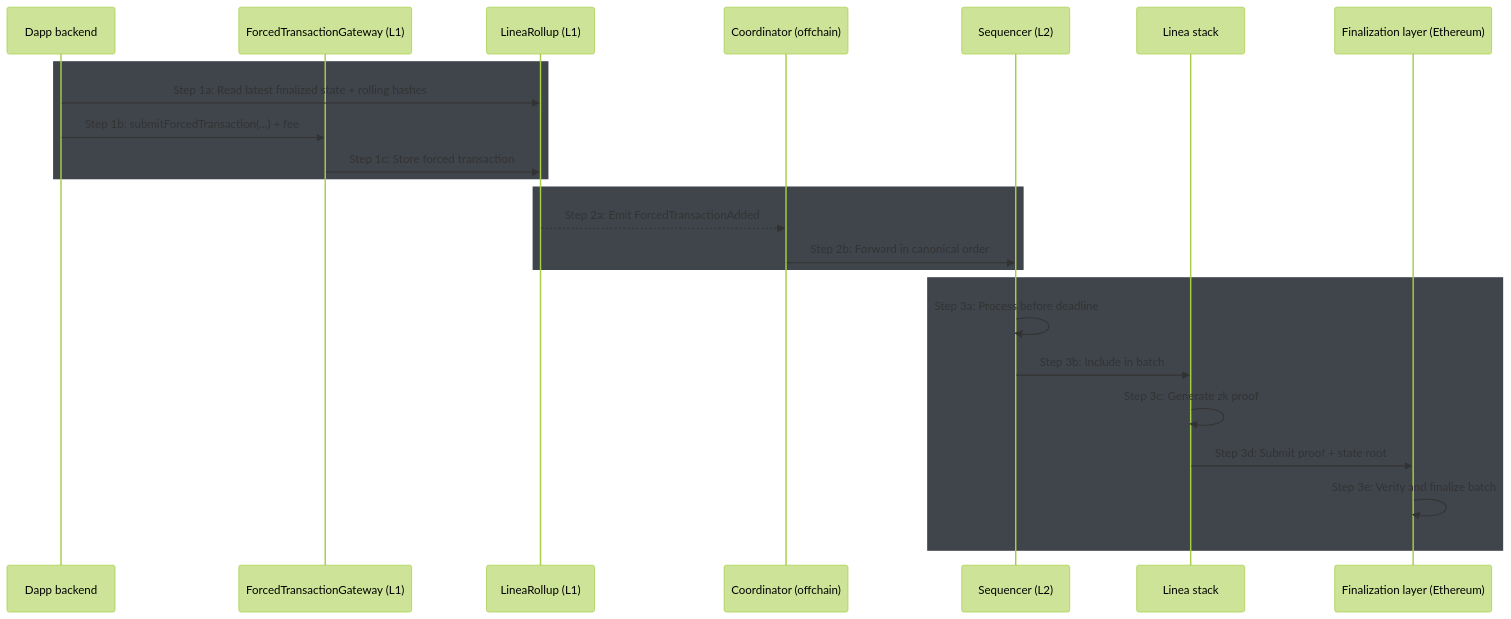
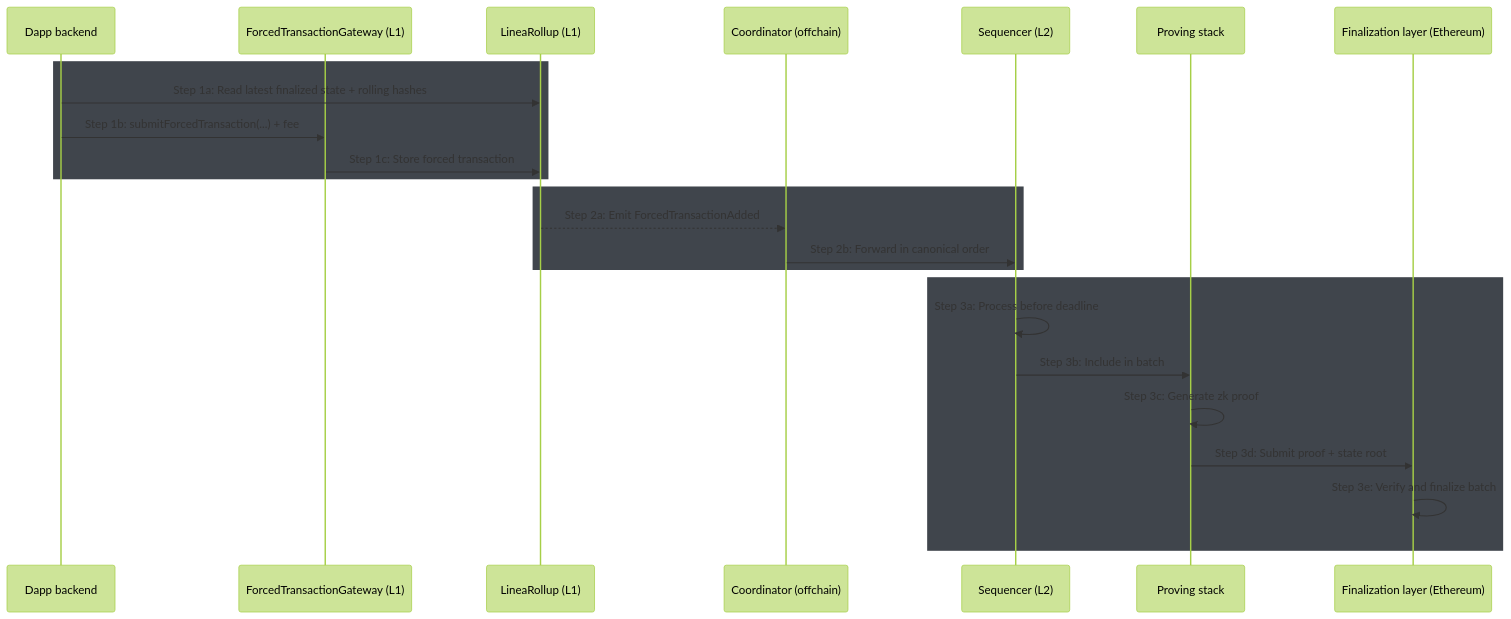
One commit to Consensys/doc.linea changed the diagram in docs/protocol/forced-transactions.mdx. Above: the diagram before and after it, drawn with Mermaid (forest theme).

Commit message:
mermaid tweak

````diff
--- a/docs/protocol/forced-transactions.mdx
+++ b/docs/protocol/forced-transactions.mdx
@@ -82,38 +82,38 @@
 ```mermaid
 sequenceDiagram
     participant App as Dapp backend
     participant Gateway as ForcedTransactionGateway (L1)
     participant Rollup as LineaRollup (L1)
     participant Coordinator as Coordinator (offchain)
     participant Sequencer as Sequencer (L2)
-    participant Stack as Linea stack
+    participant Stack as Proving stack
     participant L1 as Finalization layer (Ethereum)
 
     %% ======================
     %% Step 1: Submission (L1)
     %% ======================
     rect rgb(64, 69, 76)
         App->>Rollup: Step 1a: Read latest finalized state + rolling hashes
         App->>Gateway: Step 1b: submitForcedTransaction(...) + fee
         Gateway->>Rollup: Step 1c: Store forced transaction
     end
 
     %% ======================
     %% Step 2: Ordering (L1 enforced)
     %% ======================
     rect rgb(64, 69, 76)
         Rollup-->>Coordinator: Step 2a: Emit ForcedTransactionAdded
         Coordinator->>Sequencer: Step 2b: Forward in canonical order
     end
 
     %% ======================
     %% Step 3: Processing (L2 → L1 finalization)
     %% ======================
     rect rgb(64, 69, 76)
         Sequencer->>Sequencer: Step 3a: Process before deadline
         Sequencer->>Stack: Step 3b: Include in batch
         Stack->>Stack: Step 3c: Generate zk proof
         Stack->>L1: Step 3d: Submit proof + state root
         L1->>L1: Step 3e: Verify and finalize batch
     end
 ```
````
